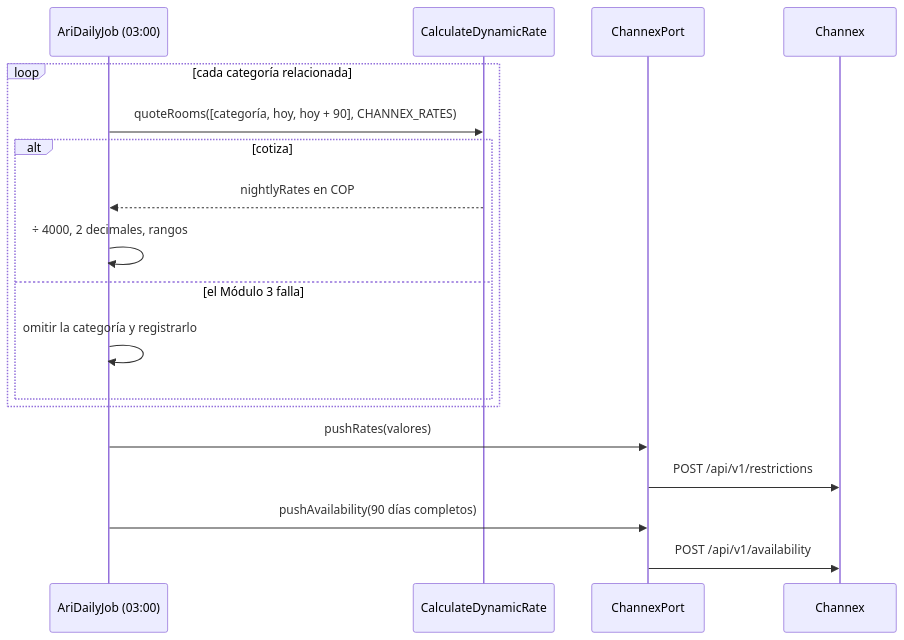
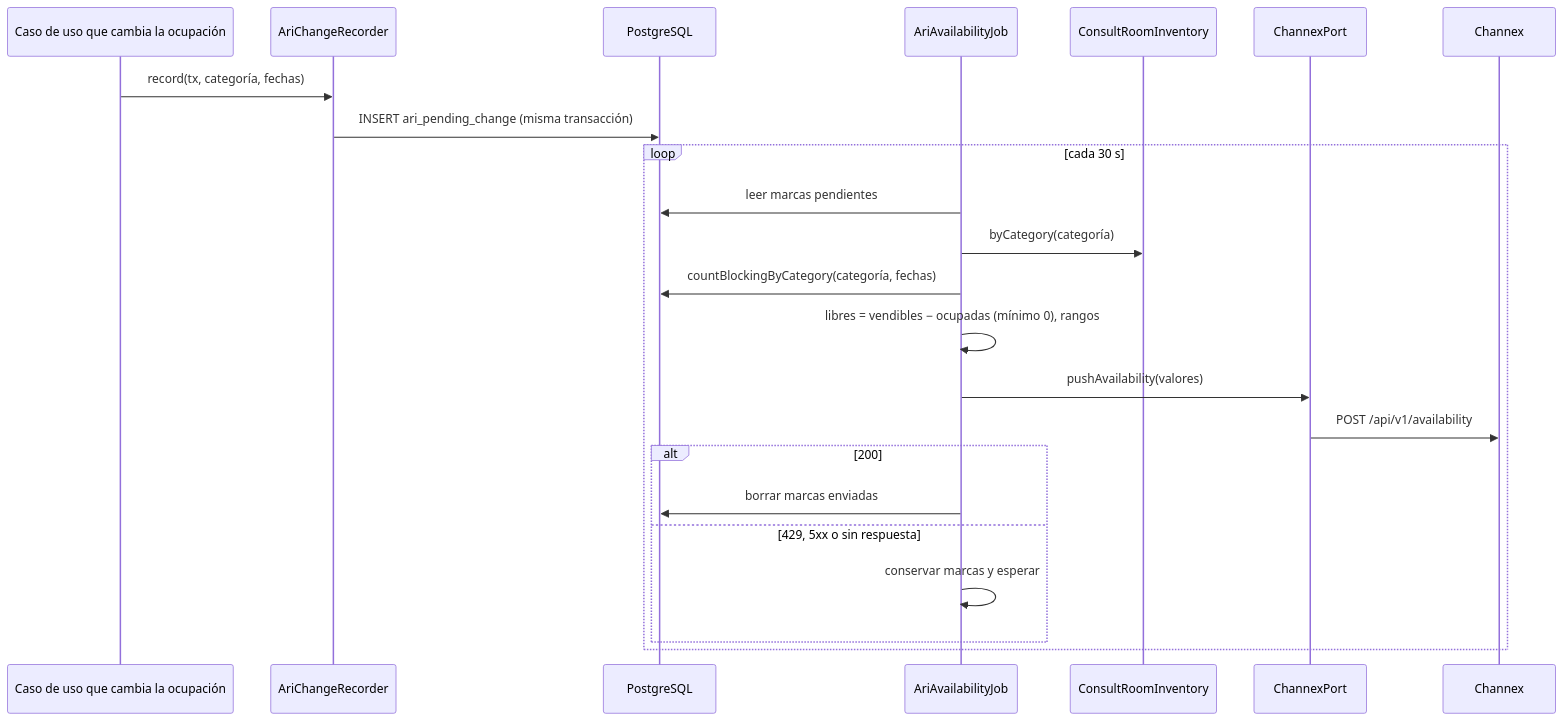
Before and after one commit to Lapicero312-lapi/HOSPITUA-MOD-2: the second of 2 diagrams in specs/configure-ota/plan.md, drawn with Mermaid. The commit also changed other lines of this file and 1 other file, not shown here.

Commit message:
docs(specs): Configurar OTA crea los tipos de habitación desde el Módulo 1; las tarifas pasan al Módulo 3

````diff
--- a/specs/configure-ota/plan.md
+++ b/specs/configure-ota/plan.md
@@ -226,21 +257,26 @@
 ```mermaid
 sequenceDiagram
-    participant J as AriDailyJob (03:00)
-    participant Q as CalculateDynamicRate
+    participant X as Caso de uso que cambia la ocupación
+    participant R as AriChangeRecorder
+    participant DB as PostgreSQL
+    participant J as AriAvailabilityJob
+    participant I as ConsultRoomInventory
     participant P as ChannexPort
     participant CX as Channex
 
-    loop cada categoría relacionada
-        J->>Q: quoteRooms([categoría, hoy, hoy + 90], CHANNEX_RATES)
-        alt cotiza
-            Q-->>J: nightlyRates en COP
-            J->>J: ÷ 4000, 2 decimales, rangos
-        else el Módulo 3 falla
-            J->>J: omitir la categoría y registrarlo
+    X->>R: record(tx, categoría, fechas)
+    R->>DB: INSERT ari_pending_change (misma transacción)
+    loop cada 30 s
+        J->>DB: leer marcas pendientes
+        J->>I: byCategory(categoría)
+        J->>DB: countBlockingByCategory(categoría, fechas)
+        J->>J: libres = vendibles − ocupadas (mínimo 0), rangos
+        J->>P: pushAvailability(valores)
+        P->>CX: POST /api/v1/availability
+        alt 200
+            J->>DB: borrar marcas enviadas
+        else 429, 5xx o sin respuesta
+            J->>J: conservar marcas y esperar
         end
     end
-    J->>P: pushRates(valores)
-    P->>CX: POST /api/v1/restrictions
-    J->>P: pushAvailability(90 días completos)
-    P->>CX: POST /api/v1/availability
 ```
````
